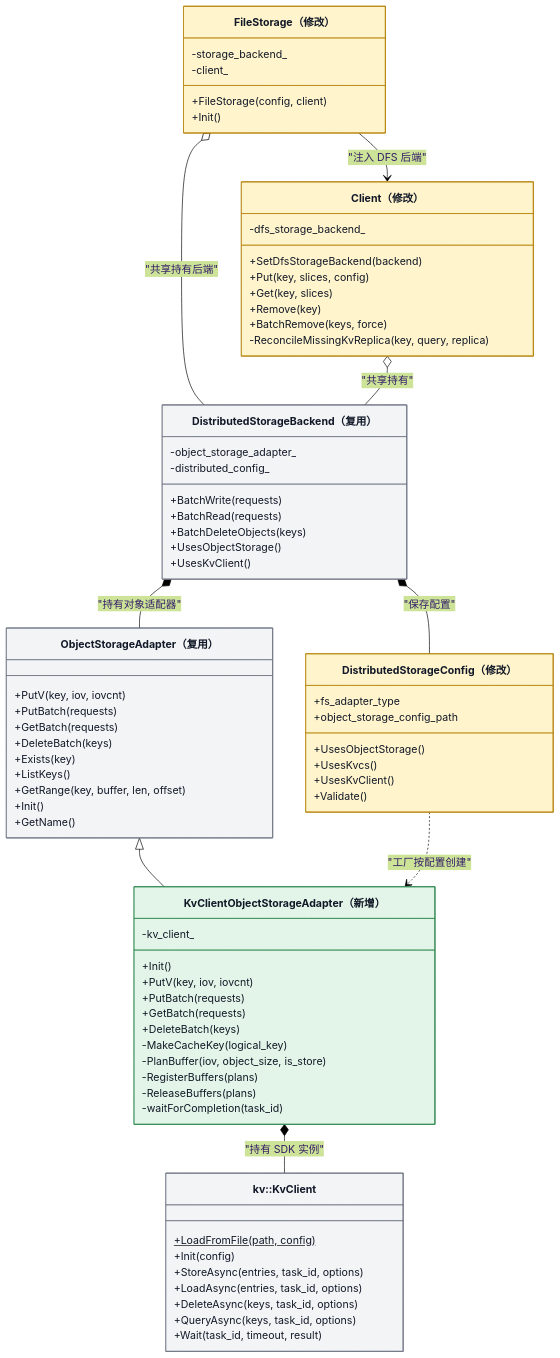
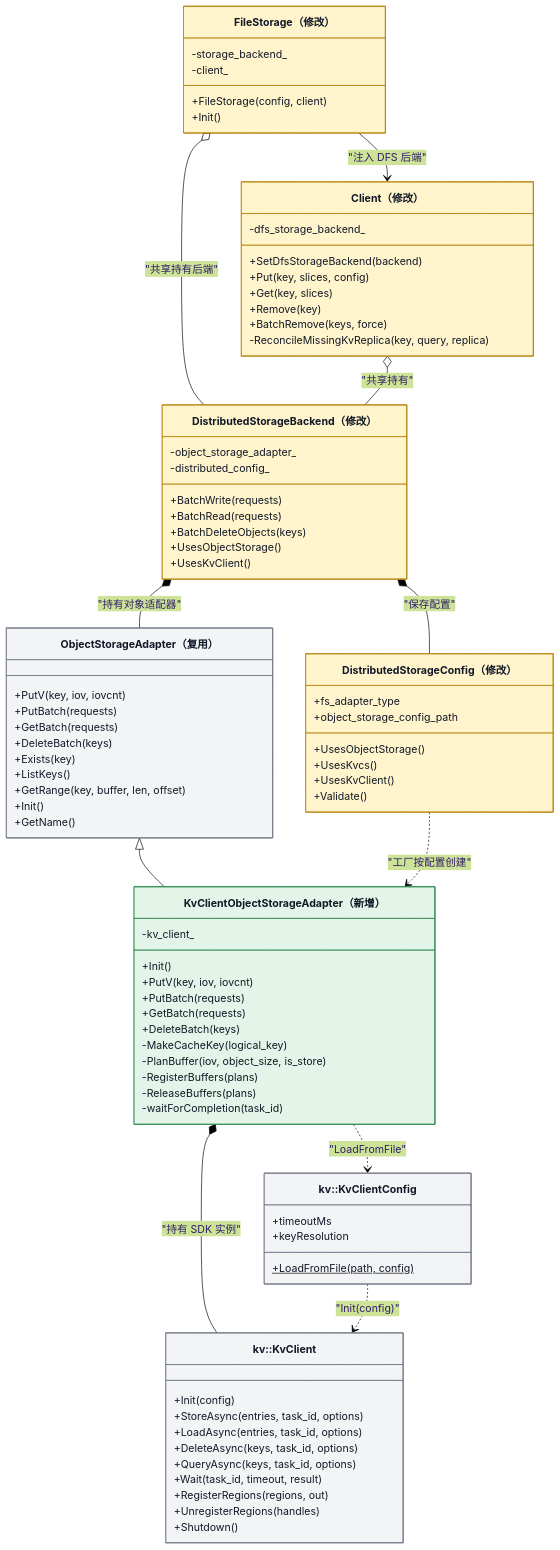
Before and after one commit to zwj20000328-dotcom/Mooncake-documents: the second of 13 diagrams in Mooncake + KVClient L3 接入（Kvcs）- v3.md, drawn with Mermaid (forest theme). The commit also changed other lines of this file, not shown here.

Commit message:
docs: align diagrams and code paths with per-batch registration semantics

````diff
--- a/Mooncake + KVClient L3 接入（Kvcs）- v3.md
+++ b/Mooncake + KVClient L3 接入（Kvcs）- v3.md
@@ -151,7 +152,7 @@
         +BatchRemove(keys, force)
         -ReconcileMissingKvReplica(key, query, replica)
     }
-    class DistributedStorageBackend["DistributedStorageBackend（复用）"] {
+    class DistributedStorageBackend["DistributedStorageBackend（修改）"] {
         -object_storage_adapter_
         -distributed_config_
         +BatchWrite(requests)
@@ -187,13 +188,21 @@
     }
 
     class SdkKvClient["kv::KvClient"] {
-        +LoadFromFile(path, config)$
         +Init(config)
         +StoreAsync(entries, task_id, options)
         +LoadAsync(entries, task_id, options)
         +DeleteAsync(keys, task_id, options)
         +QueryAsync(keys, task_id, options)
         +Wait(task_id, timeout, result)
+        +RegisterRegions(regions, out)
+        +UnregisterRegions(handles)
+        +Shutdown()
+    }
+
+    class SdkKvClientConfig["kv::KvClientConfig"] {
+        +LoadFromFile(path, config)$
+        +timeoutMs
+        +keyResolution
     }
 
     FileStorage o-- DistributedStorageBackend : "共享持有后端"
@@ -203,13 +212,16 @@
     DistributedStorageBackend *-- ObjectStorageAdapter : "持有对象适配器"
     ObjectStorageAdapter <|-- KvClientObjectStorageAdapter
     KvClientObjectStorageAdapter *-- SdkKvClient : "持有 SDK 实例"
+    KvClientObjectStorageAdapter ..> SdkKvClientConfig : "LoadFromFile"
+    SdkKvClientConfig ..> SdkKvClient : "Init(config)"
     DistributedStorageConfig ..> KvClientObjectStorageAdapter : "工厂按配置创建"
 
     style DistributedStorageConfig fill:#fff4cc,stroke:#b58105,color:#111827
     style FileStorage fill:#fff4cc,stroke:#b58105,color:#111827
     style Client fill:#fff4cc,stroke:#b58105,color:#111827
     style KvClientObjectStorageAdapter fill:#e3f5e8,stroke:#28864b,color:#111827
-    style DistributedStorageBackend fill:#f3f4f6,stroke:#6b7280,color:#111827
+    style DistributedStorageBackend fill:#fff4cc,stroke:#b58105,color:#111827
     style ObjectStorageAdapter fill:#f3f4f6,stroke:#6b7280,color:#111827
     style SdkKvClient fill:#f3f4f6,stroke:#6b7280,color:#111827
+    style SdkKvClientConfig fill:#f3f4f6,stroke:#6b7280,color:#111827
 ```
````
